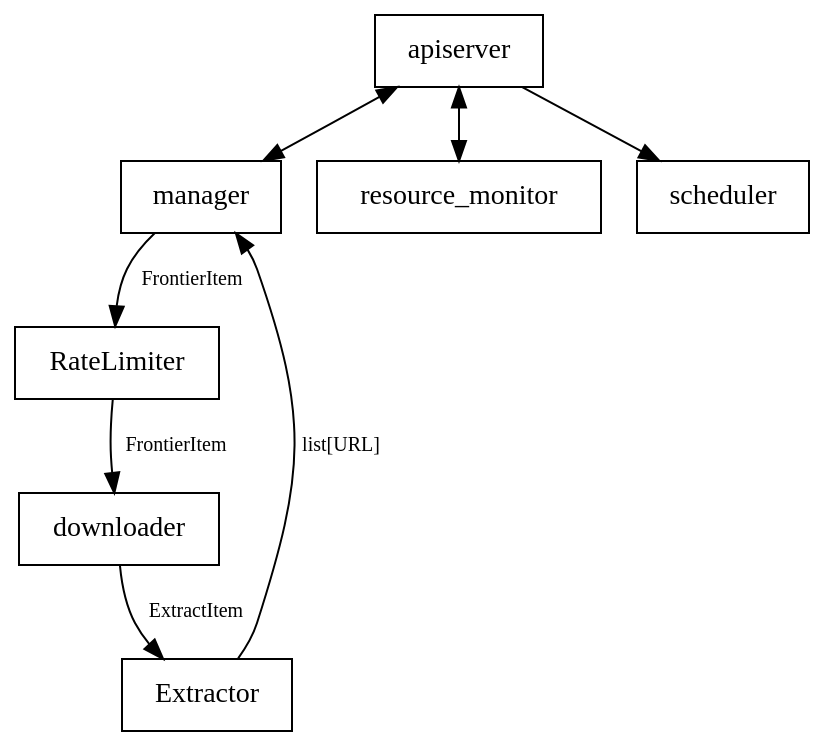
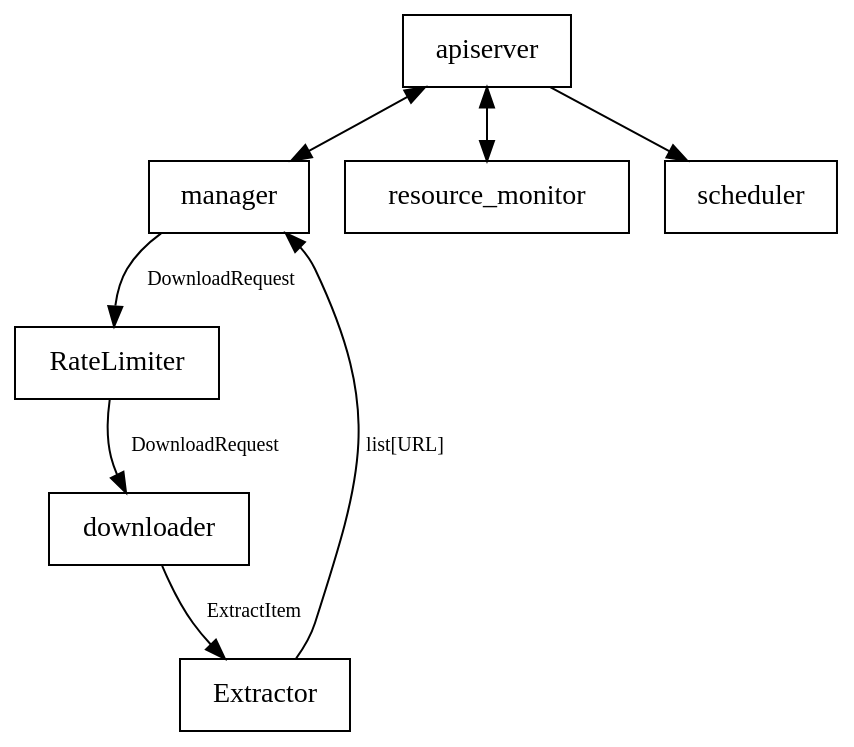
The second of 2 diagrams in docs/internals.rst (HyperionGray/starbelly), drawn with Graphviz before and after one commit. The commit also changed 3 other files, not shown here.

First line of the commit message:
Increase rate limiter test coverage

```diff
--- a/docs/internals.rst
+++ b/docs/internals.rst
@@ -59,25 +59,25 @@
 .. graphviz::
 
     digraph system_diagram {
         graph [bgcolor=transparent];
         node [shape=box];
         edge [fontsize=10];
 
         // Nodes
         apiserver;
         manager;
         rate_limiter [label="RateLimiter",href="#rate-limiter"];
         downloader;
         extractor [label="Extractor",href="#extractor"];
         resource_monitor;
         scheduler;
 
         // Edges
         apiserver -> manager [dir=both];
         apiserver -> resource_monitor [dir=both];
         apiserver -> scheduler;
-        manager -> rate_limiter [label="FrontierItem"];
-        rate_limiter -> downloader [label="FrontierItem"];
+        manager -> rate_limiter [label="DownloadRequest"];
+        rate_limiter -> downloader [label="DownloadRequest"];
         downloader -> extractor [label="ExtractItem"];
         extractor -> manager [label="list[URL]"];
     }
```
